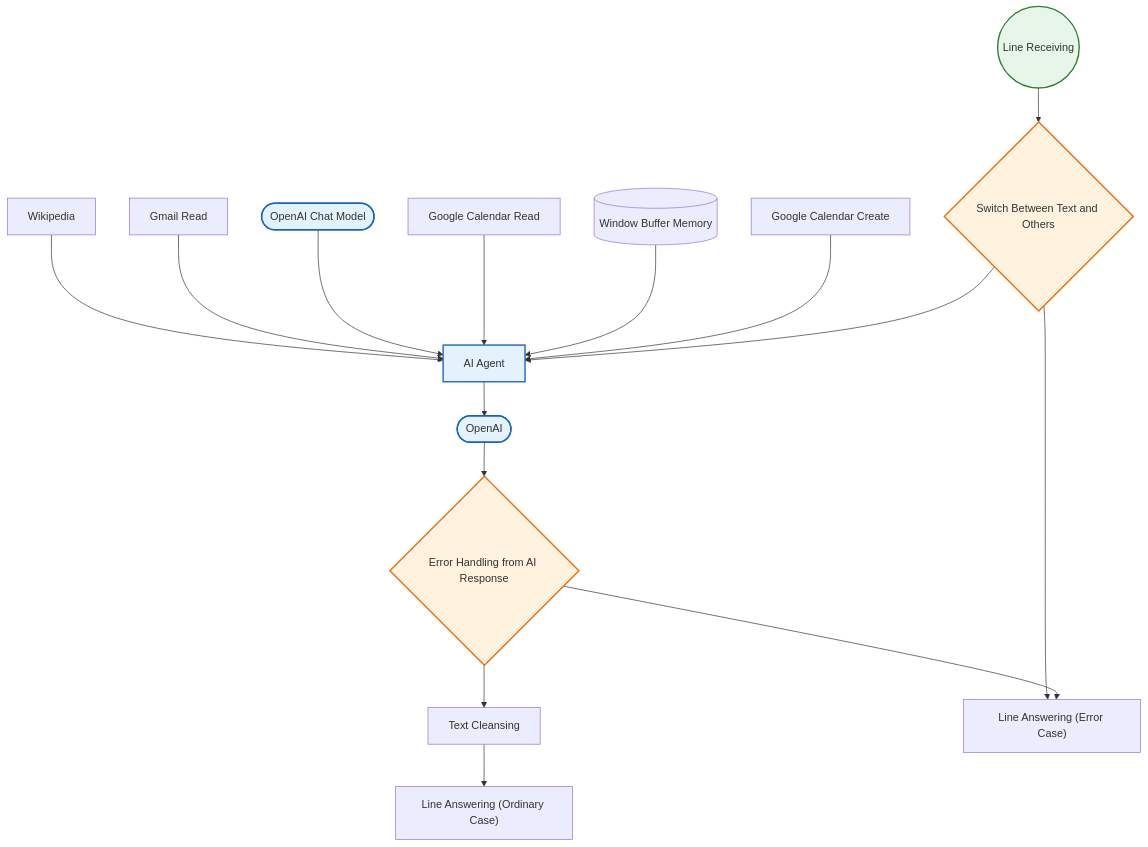
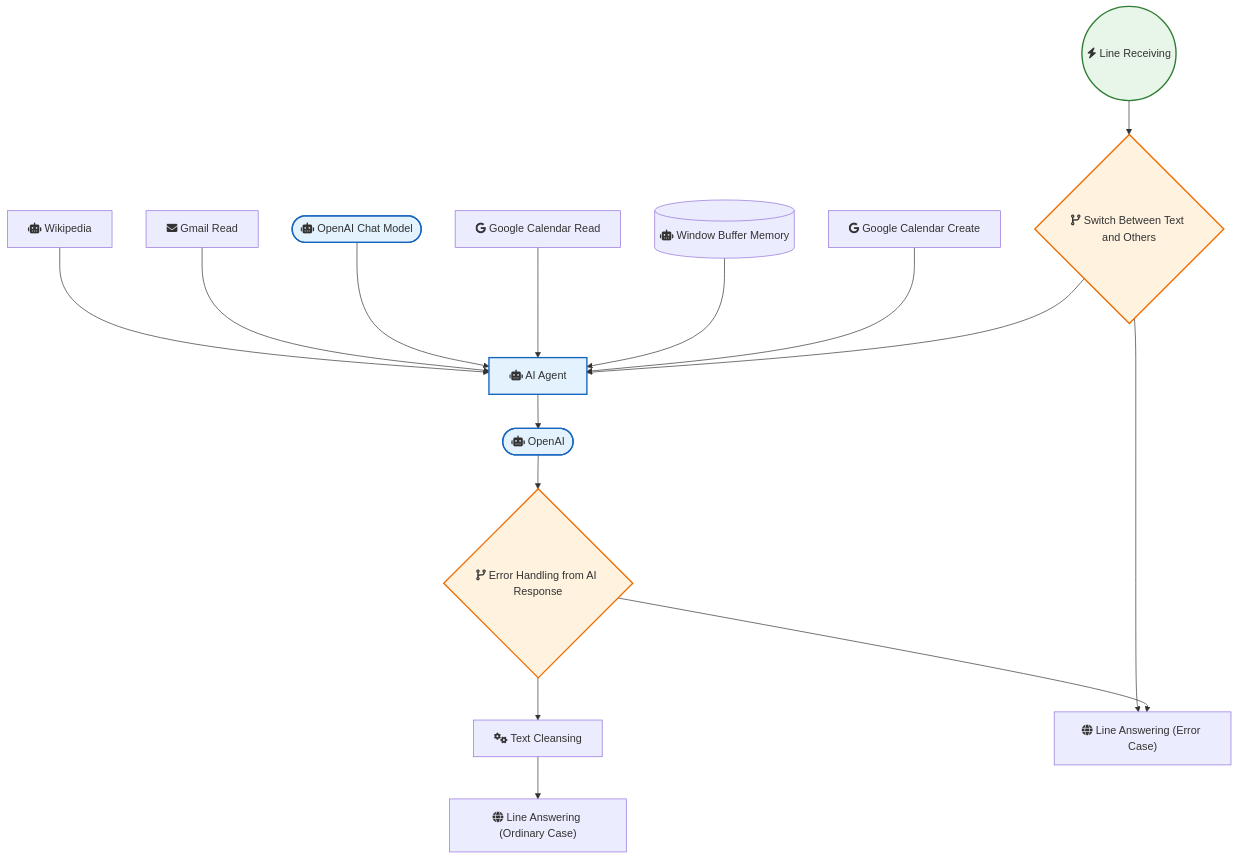
The diagram in Other_Integrations_and_Use_Cases/LINE Assistant with Google Calendar and Gmail Integration.md (sreyash3105/N8N-DEMO-AUTOMATIONS), drawn with Mermaid before and after one commit. The commit also changed 291 other files, not shown here.

````diff
--- a/Other_Integrations_and_Use_Cases/LINE Assistant with Google Calendar and Gmail Integration.md
+++ b/Other_Integrations_and_Use_Cases/LINE Assistant with Google Calendar and Gmail Integration.md
@@ -1,36 +1,36 @@
 ```mermaid
 graph TD
     classDef trigger fill:#e8f5e9,stroke:#2e7d32,stroke-width:2px;
     classDef ai fill:#e3f2fd,stroke:#1565c0,stroke-width:2px;
     classDef logic fill:#fff3e0,stroke:#ef6c00,stroke-width:2px;
 
-    AI_Agent["AI Agent"]:::ai
-    Window_Buffer_Memory[("Window Buffer Memory")]
-    OpenAI_Chat_Model(["OpenAI Chat Model"]):::ai
-    Wikipedia["Wikipedia"]
-    OpenAI(["OpenAI"]):::ai
-    Switch_Between_Text_and_Others{"Switch Between Text and Others"}:::logic
-    Line_Receiving(("Line Receiving")):::trigger
-    Error_Handling_from_AI_Response{"Error Handling from AI Response"}:::logic
-    Text_Cleansing["Text Cleansing"]
-    Line_Answering__Error_Case_["Line Answering (Error Case)"]
-    Line_Answering__Ordinary_Case_["Line Answering (Ordinary Case)"]
-    Google_Calendar_Create["Google Calendar Create"]
-    Google_Calendar_Read["Google Calendar Read"]
-    Gmail_Read["Gmail Read"]
+    AI_Agent["fas:fa-robot AI Agent"]:::ai
+    Window_Buffer_Memory[("fas:fa-robot Window Buffer Memory")]
+    OpenAI_Chat_Model(["fas:fa-robot OpenAI Chat Model"]):::ai
+    Wikipedia["fas:fa-robot Wikipedia"]
+    OpenAI(["fas:fa-robot OpenAI"]):::ai
+    Switch_Between_Text_and_Others{"fas:fa-code-branch Switch Between Text and Others"}:::logic
+    Line_Receiving(("fas:fa-bolt Line Receiving")):::trigger
+    Error_Handling_from_AI_Response{"fas:fa-code-branch Error Handling from AI Response"}:::logic
+    Text_Cleansing["fas:fa-cogs Text Cleansing"]
+    Line_Answering__Error_Case_["fas:fa-globe Line Answering (Error Case)"]
+    Line_Answering__Ordinary_Case_["fas:fa-globe Line Answering (Ordinary Case)"]
+    Google_Calendar_Create["fab:fa-google Google Calendar Create"]
+    Google_Calendar_Read["fab:fa-google Google Calendar Read"]
+    Gmail_Read["fas:fa-envelope Gmail Read"]
 
     OpenAI --> Error_Handling_from_AI_Response
     AI_Agent --> OpenAI
     Wikipedia --> AI_Agent
     Gmail_Read --> AI_Agent
     Line_Receiving --> Switch_Between_Text_and_Others
     Text_Cleansing --> Line_Answering__Ordinary_Case_
     OpenAI_Chat_Model --> AI_Agent
     Google_Calendar_Read --> AI_Agent
     Window_Buffer_Memory --> AI_Agent
     Google_Calendar_Create --> AI_Agent
     Switch_Between_Text_and_Others --> AI_Agent
     Switch_Between_Text_and_Others --> Line_Answering__Error_Case_
     Error_Handling_from_AI_Response --> Text_Cleansing
     Error_Handling_from_AI_Response --> Line_Answering__Error_Case_
 ```
````
